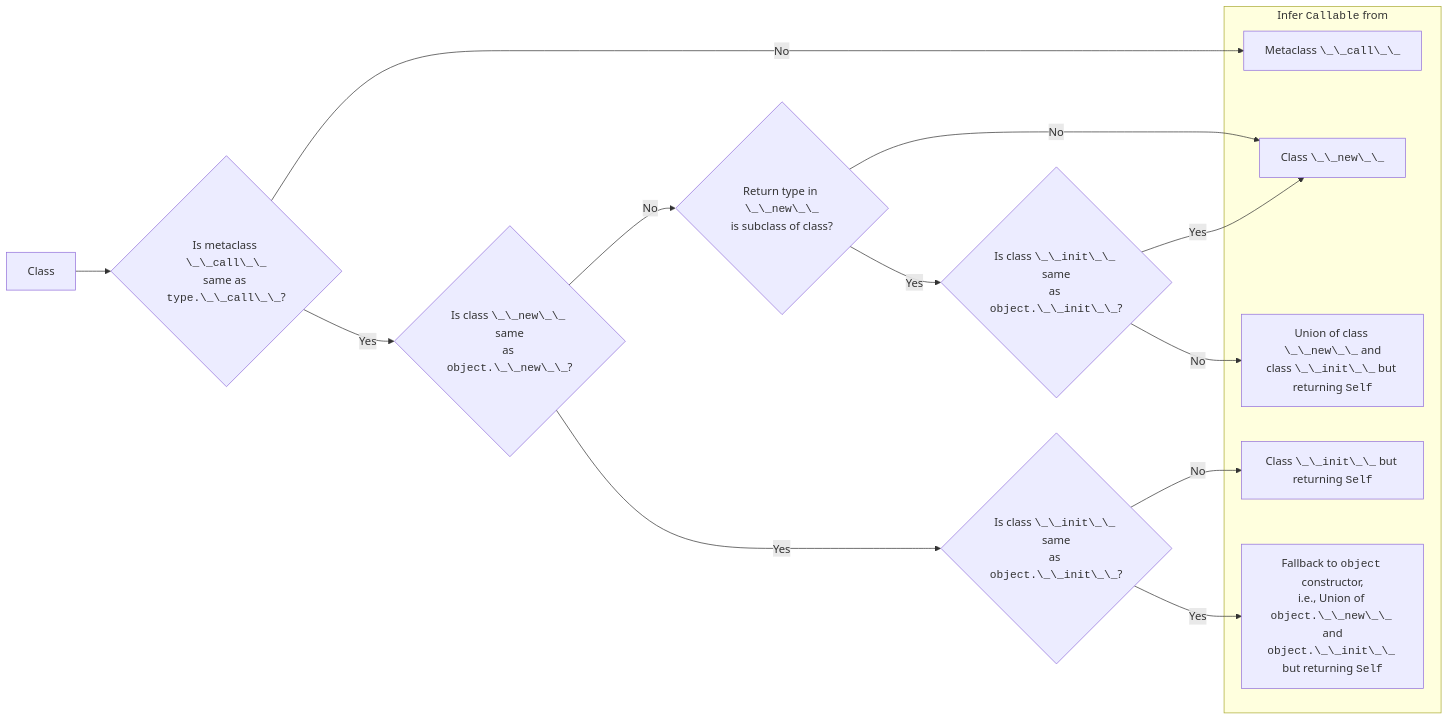
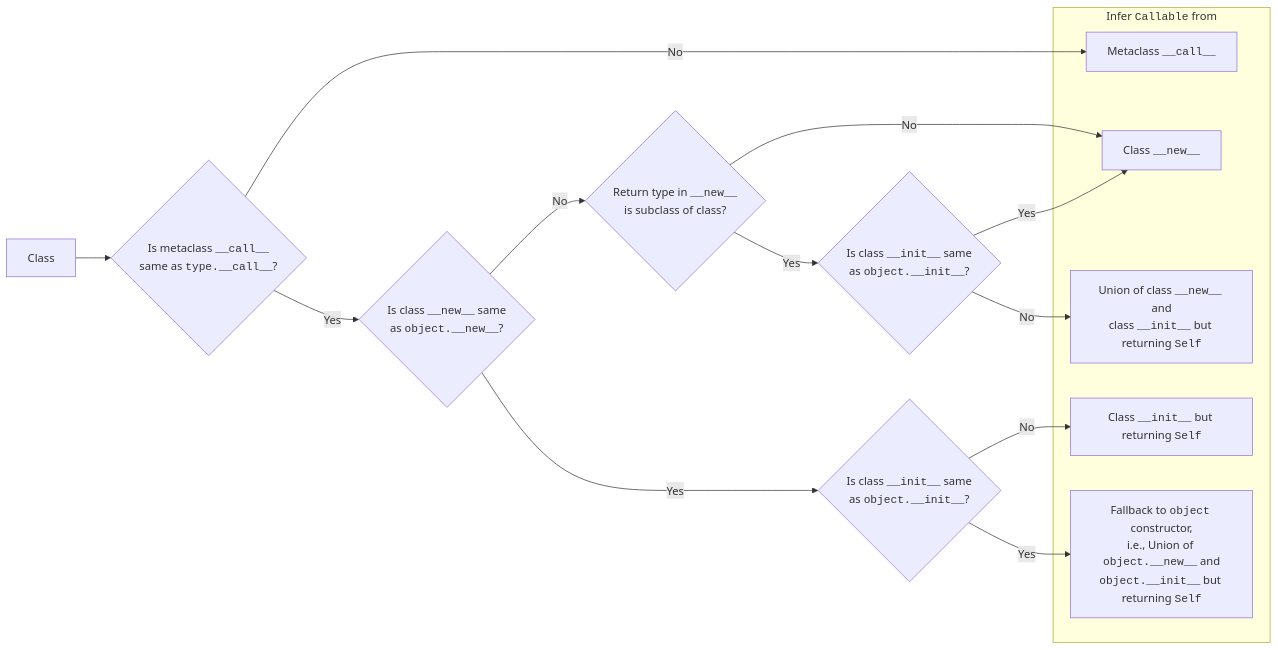
One commit to AshrithSagar/pyHKTs changed the diagram in docs/notes.md. Above: the diagram before and after it, drawn with Mermaid.

Commit message:
docs: Update notes;
- Constructor to Callable GitHub render;

````diff
--- a/docs/notes.md
+++ b/docs/notes.md
@@ -100,33 +100,33 @@
 ```mermaid
 flowchart LR
     C --> D1
     D1 -->|No| Z1
     D1 -->|Yes| D2
     D2 -->|No| D3
     D2 -->|Yes| D5
     D3 -->|No| Z2
     D3 -->|Yes| D4
     D4 -->|Yes| Z2
     D4 -->|No| Z4
     D5 -->|No| Z5
     D5 -->|Yes| Z6
     subgraph FINAL[Infer <code>Callable</code> from]
         Z1
         Z2
         Z4
         Z5
         Z6
     end
 
     C[Class]
-    D1{Is metaclass <code>\_\_call\_\_</code><br/>same as <code>type.\_\_call\_\_</code>?}
-    D2{Is class <code>\_\_new\_\_</code> same<br/>as <code>object.\_\_new\_\_</code>?}
-    D3{Return type in <code>\_\_new\_\_</code><br/>is subclass of class?}
-    D4{Is class <code>\_\_init\_\_</code> same<br/>as <code>object.\_\_init\_\_</code>?}
-    D5{Is class <code>\_\_init\_\_</code> same<br/>as <code>object.\_\_init\_\_</code>?}
-    Z1[Metaclass <code>\_\_call\_\_</code>]
-    Z2[Class <code>\_\_new\_\_</code>]
-    Z4[Union of class <code>\_\_new\_\_</code> and<br/>class <code>\_\_init\_\_</code> but returning <code>Self</code>]
-    Z5[Class <code>\_\_init\_\_</code> but returning <code>Self</code>]
-    Z6[Fallback to <code>object</code> constructor,<br/>i.e., Union of <code>object.\_\_new\_\_</code> and<br/><code>object.\_\_init\_\_</code> but returning <code>Self</code>]
+    D1{Is metaclass <code>__call__</code><br/>same as <code>type.__call__</code>?}
+    D2{Is class <code>__new__</code> same<br/>as <code>object.__new__</code>?}
+    D3{Return type in <code>__new__</code><br/>is subclass of class?}
+    D4{Is class <code>__init__</code> same<br/>as <code>object.__init__</code>?}
+    D5{Is class <code>__init__</code> same<br/>as <code>object.__init__</code>?}
+    Z1[Metaclass <code>__call__</code>]
+    Z2[Class <code>__new__</code>]
+    Z4[Union of class <code>__new__</code> and<br/>class <code>__init__</code> but returning <code>Self</code>]
+    Z5[Class <code>__init__</code> but returning <code>Self</code>]
+    Z6[Fallback to <code>object</code> constructor,<br/>i.e., Union of <code>object.__new__</code> and<br/><code>object.__init__</code> but returning <code>Self</code>]
 ```
````
